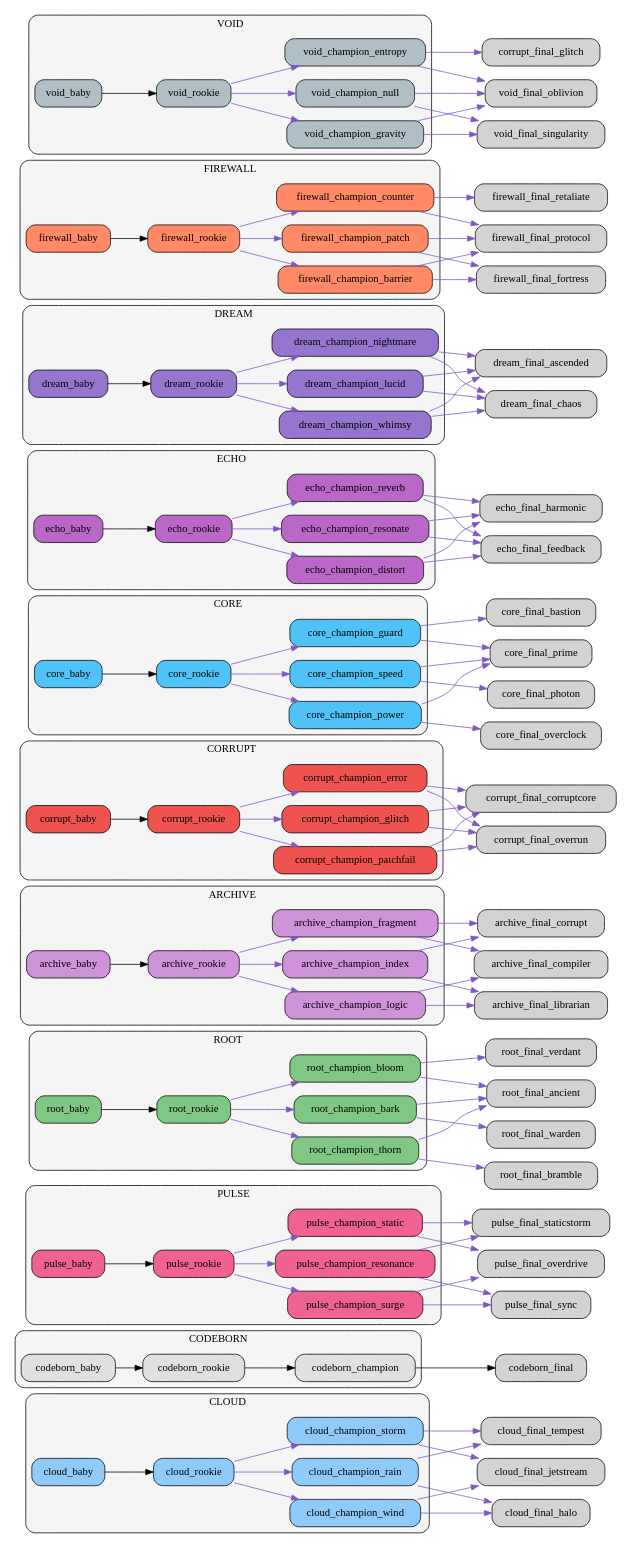
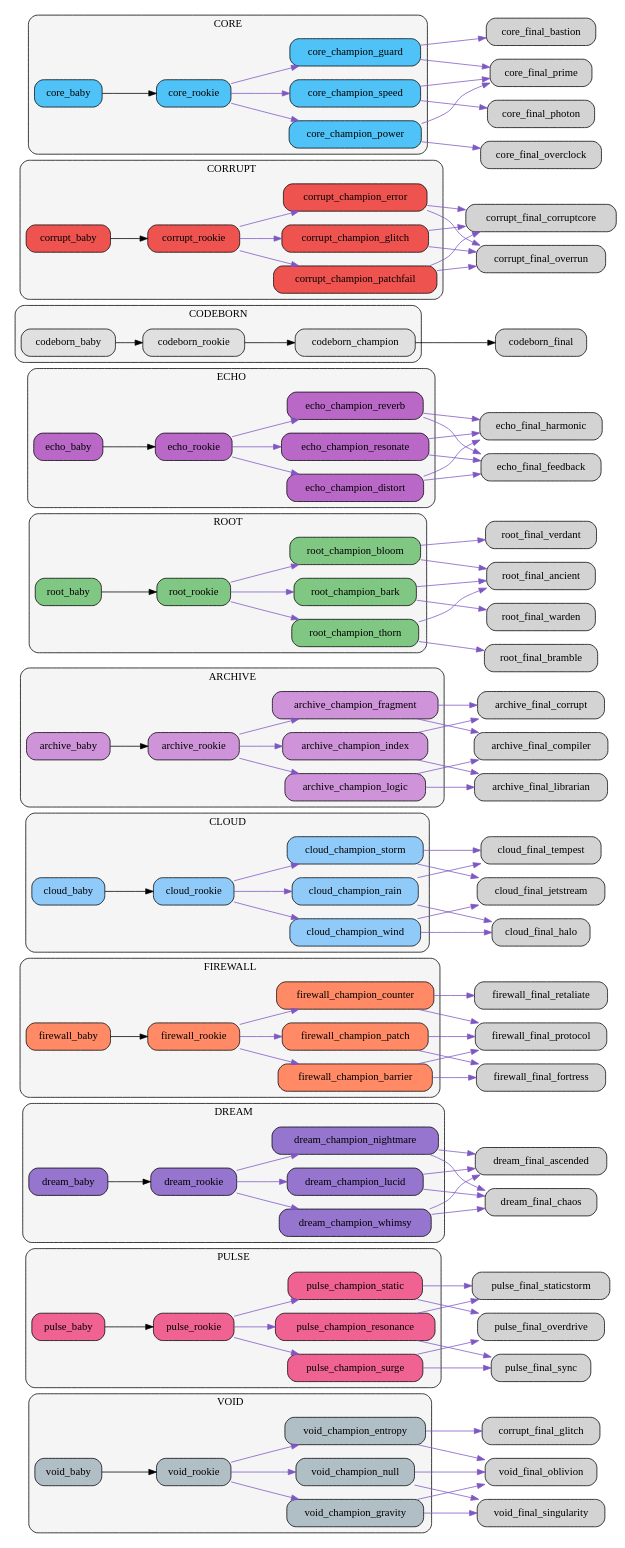
The diagram in src/netgrid/systems/evolution/graphs/clusters/evolution_clusters.dot (bwlight/NetGrid), drawn with Graphviz before and after one commit. The commit also changed other lines of this file and 8 other files, not shown here.

Commit message:
Auto-update evolution graphs

```diff
--- a/src/netgrid/systems/evolution/graphs/clusters/evolution_clusters.dot
+++ b/src/netgrid/systems/evolution/graphs/clusters/evolution_clusters.dot
@@ -1,21 +1,14 @@
 digraph EvolutionTree {
   rankdir=LR;
   node [shape=box, style="rounded,filled"];
-  subgraph cluster_cloud {
-    label="CLOUD";
+  subgraph cluster_void {
+    label="VOID";
     style="rounded,filled"; fillcolor="#f5f5f5";
-    "cloud_baby" [fillcolor="#90caf9"];
-    "cloud_rookie" [fillcolor="#90caf9"];
-    "cloud_champion_wind" [fillcolor="#90caf9"];
-    "cloud_champion_rain" [fillcolor="#90caf9"];
-    "cloud_champion_storm" [fillcolor="#90caf9"];
-  }
-  subgraph cluster_codeborn {
-    label="CODEBORN";
-    style="rounded,filled"; fillcolor="#f5f5f5";
-    "codeborn_baby" [fillcolor="#e0e0e0"];
-    "codeborn_rookie" [fillcolor="#e0e0e0"];
-    "codeborn_champion" [fillcolor="#e0e0e0"];
+    "void_baby" [fillcolor="#b0bec5"];
+    "void_rookie" [fillcolor="#b0bec5"];
+    "void_champion_entropy" [fillcolor="#b0bec5"];
+    "void_champion_gravity" [fillcolor="#b0bec5"];
+    "void_champion_null" [fillcolor="#b0bec5"];
   }
   subgraph cluster_pulse {
     label="PULSE";
@@ -26,6 +19,42 @@
     "pulse_champion_resonance" [fillcolor="#f06292"];
     "pulse_champion_static" [fillcolor="#f06292"];
   }
+  subgraph cluster_dream {
+    label="DREAM";
+    style="rounded,filled"; fillcolor="#f5f5f5";
+    "dream_baby" [fillcolor="#9575cd"];
+    "dream_rookie" [fillcolor="#9575cd"];
+    "dream_champion_lucid" [fillcolor="#9575cd"];
+    "dream_champion_nightmare" [fillcolor="#9575cd"];
+    "dream_champion_whimsy" [fillcolor="#9575cd"];
+  }
+  subgraph cluster_firewall {
+    label="FIREWALL";
+    style="rounded,filled"; fillcolor="#f5f5f5";
+    "firewall_baby" [fillcolor="#ff8a65"];
+    "firewall_rookie" [fillcolor="#ff8a65"];
+    "firewall_champion_barrier" [fillcolor="#ff8a65"];
+    "firewall_champion_counter" [fillcolor="#ff8a65"];
+    "firewall_champion_patch" [fillcolor="#ff8a65"];
+  }
+  subgraph cluster_cloud {
+    label="CLOUD";
+    style="rounded,filled"; fillcolor="#f5f5f5";
+    "cloud_baby" [fillcolor="#90caf9"];
+    "cloud_rookie" [fillcolor="#90caf9"];
+    "cloud_champion_wind" [fillcolor="#90caf9"];
+    "cloud_champion_rain" [fillcolor="#90caf9"];
+    "cloud_champion_storm" [fillcolor="#90caf9"];
+  }
+  subgraph cluster_archive {
+    label="ARCHIVE";
+    style="rounded,filled"; fillcolor="#f5f5f5";
+    "archive_baby" [fillcolor="#ce93d8"];
+    "archive_rookie" [fillcolor="#ce93d8"];
+    "archive_champion_logic" [fillcolor="#ce93d8"];
+    "archive_champion_index" [fillcolor="#ce93d8"];
+    "archive_champion_fragment" [fillcolor="#ce93d8"];
+  }
   subgraph cluster_root {
     label="ROOT";
     style="rounded,filled"; fillcolor="#f5f5f5";
@@ -35,14 +64,21 @@
     "root_champion_bloom" [fillcolor="#81c784"];
     "root_champion_bark" [fillcolor="#81c784"];
   }
-  subgraph cluster_archive {
-    label="ARCHIVE";
+  subgraph cluster_echo {
+    label="ECHO";
     style="rounded,filled"; fillcolor="#f5f5f5";
-    "archive_baby" [fillcolor="#ce93d8"];
-    "archive_rookie" [fillcolor="#ce93d8"];
-    "archive_champion_logic" [fillcolor="#ce93d8"];
-    "archive_champion_index" [fillcolor="#ce93d8"];
-    "archive_champion_fragment" [fillcolor="#ce93d8"];
+    "echo_baby" [fillcolor="#ba68c8"];
+    "echo_rookie" [fillcolor="#ba68c8"];
+    "echo_champion_resonate" [fillcolor="#ba68c8"];
+    "echo_champion_reverb" [fillcolor="#ba68c8"];
+    "echo_champion_distort" [fillcolor="#ba68c8"];
+  }
+  subgraph cluster_codeborn {
+    label="CODEBORN";
+    style="rounded,filled"; fillcolor="#f5f5f5";
+    "codeborn_baby" [fillcolor="#e0e0e0"];
+    "codeborn_rookie" [fillcolor="#e0e0e0"];
+    "codeborn_champion" [fillcolor="#e0e0e0"];
   }
   subgraph cluster_corrupt {
     label="CORRUPT";
@@ -62,42 +98,46 @@
     "core_champion_guard" [fillcolor="#4fc3f7"];
     "core_champion_speed" [fillcolor="#4fc3f7"];
   }
-  subgraph cluster_echo {
-    label="ECHO";
-    style="rounded,filled"; fillcolor="#f5f5f5";
-    "echo_baby" [fillcolor="#ba68c8"];
-    "echo_rookie" [fillcolor="#ba68c8"];
-    "echo_champion_resonate" [fillcolor="#ba68c8"];
-    "echo_champion_reverb" [fillcolor="#ba68c8"];
-    "echo_champion_distort" [fillcolor="#ba68c8"];
-  }
-  subgraph cluster_dream {
-    label="DREAM";
-    style="rounded,filled"; fillcolor="#f5f5f5";
-    "dream_baby" [fillcolor="#9575cd"];
-    "dream_rookie" [fillcolor="#9575cd"];
-    "dream_champion_lucid" [fillcolor="#9575cd"];
-    "dream_champion_nightmare" [fillcolor="#9575cd"];
-    "dream_champion_whimsy" [fillcolor="#9575cd"];
-  }
-  subgraph cluster_firewall {
-    label="FIREWALL";
-    style="rounded,filled"; fillcolor="#f5f5f5";
-    "firewall_baby" [fillcolor="#ff8a65"];
-    "firewall_rookie" [fillcolor="#ff8a65"];
-    "firewall_champion_barrier" [fillcolor="#ff8a65"];
-    "firewall_champion_counter" [fillcolor="#ff8a65"];
-    "firewall_champion_patch" [fillcolor="#ff8a65"];
-  }
-  subgraph cluster_void {
-    label="VOID";
-    style="rounded,filled"; fillcolor="#f5f5f5";
-    "void_baby" [fillcolor="#b0bec5"];
-    "void_rookie" [fillcolor="#b0bec5"];
-    "void_champion_entropy" [fillcolor="#b0bec5"];
-    "void_champion_gravity" [fillcolor="#b0bec5"];
-    "void_champion_null" [fillcolor="#b0bec5"];
-  }
+  "void_baby" -> "void_rookie";
+  "void_rookie" -> "void_champion_entropy" [color="#7e57c2"];
+  "void_rookie" -> "void_champion_gravity" [color="#7e57c2"];
+  "void_rookie" -> "void_champion_null" [color="#7e57c2"];
+  "void_champion_entropy" -> "corrupt_final_glitch" [color="#7e57c2"];
+  "void_champion_entropy" -> "void_final_oblivion" [color="#7e57c2"];
+  "void_champion_gravity" -> "void_final_singularity" [color="#7e57c2"];
+  "void_champion_gravity" -> "void_final_oblivion" [color="#7e57c2"];
+  "void_champion_null" -> "void_final_oblivion" [color="#7e57c2"];
+  "void_champion_null" -> "void_final_singularity" [color="#7e57c2"];
+  "pulse_baby" -> "pulse_rookie";
+  "pulse_rookie" -> "pulse_champion_surge" [color="#7e57c2"];
+  "pulse_rookie" -> "pulse_champion_resonance" [color="#7e57c2"];
+  "pulse_rookie" -> "pulse_champion_static" [color="#7e57c2"];
+  "pulse_champion_surge" -> "pulse_final_overdrive" [color="#7e57c2"];
+  "pulse_champion_surge" -> "pulse_final_sync" [color="#7e57c2"];
+  "pulse_champion_resonance" -> "pulse_final_sync" [color="#7e57c2"];
+  "pulse_champion_resonance" -> "pulse_final_staticstorm" [color="#7e57c2"];
+  "pulse_champion_static" -> "pulse_final_staticstorm" [color="#7e57c2"];
+  "pulse_champion_static" -> "pulse_final_overdrive" [color="#7e57c2"];
+  "dream_baby" -> "dream_rookie";
+  "dream_rookie" -> "dream_champion_lucid" [color="#7e57c2"];
+  "dream_rookie" -> "dream_champion_nightmare" [color="#7e57c2"];
+  "dream_rookie" -> "dream_champion_whimsy" [color="#7e57c2"];
+  "dream_champion_lucid" -> "dream_final_ascended" [color="#7e57c2"];
+  "dream_champion_lucid" -> "dream_final_chaos" [color="#7e57c2"];
+  "dream_champion_nightmare" -> "dream_final_chaos" [color="#7e57c2"];
+  "dream_champion_nightmare" -> "dream_final_ascended" [color="#7e57c2"];
+  "dream_champion_whimsy" -> "dream_final_ascended" [color="#7e57c2"];
+  "dream_champion_whimsy" -> "dream_final_chaos" [color="#7e57c2"];
+  "firewall_baby" -> "firewall_rookie";
+  "firewall_rookie" -> "firewall_champion_barrier" [color="#7e57c2"];
+  "firewall_rookie" -> "firewall_champion_counter" [color="#7e57c2"];
+  "firewall_rookie" -> "firewall_champion_patch" [color="#7e57c2"];
+  "firewall_champion_barrier" -> "firewall_final_fortress" [color="#7e57c2"];
+  "firewall_champion_barrier" -> "firewall_final_protocol" [color="#7e57c2"];
+  "firewall_champion_counter" -> "firewall_final_retaliate" [color="#7e57c2"];
+  "firewall_champion_counter" -> "firewall_final_protocol" [color="#7e57c2"];
+  "firewall_champion_patch" -> "firewall_final_protocol" [color="#7e57c2"];
+  "firewall_champion_patch" -> "firewall_final_fortress" [color="#7e57c2"];
   "cloud_baby" -> "cloud_rookie";
   "cloud_rookie" -> "cloud_champion_wind" [color="#7e57c2"];
   "cloud_rookie" -> "cloud_champion_rain" [color="#7e57c2"];
@@ -108,19 +148,16 @@
   "cloud_champion_rain" -> "cloud_final_tempest" [color="#7e57c2"];
   "cloud_champion_storm" -> "cloud_final_tempest" [color="#7e57c2"];
   "cloud_champion_storm" -> "cloud_final_jetstream" [color="#7e57c2"];
-  "codeborn_baby" -> "codeborn_rookie";
-  "codeborn_rookie" -> "codeborn_champion";
-  "codeborn_champion" -> "codeborn_final";
-  "pulse_baby" -> "pulse_rookie";
-  "pulse_rookie" -> "pulse_champion_surge" [color="#7e57c2"];
-  "pulse_rookie" -> "pulse_champion_resonance" [color="#7e57c2"];
-  "pulse_rookie" -> "pulse_champion_static" [color="#7e57c2"];
-  "pulse_champion_surge" -> "pulse_final_overdrive" [color="#7e57c2"];
-  "pulse_champion_surge" -> "pulse_final_sync" [color="#7e57c2"];
-  "pulse_champion_resonance" -> "pulse_final_sync" [color="#7e57c2"];
-  "pulse_champion_resonance" -> "pulse_final_staticstorm" [color="#7e57c2"];
-  "pulse_champion_static" -> "pulse_final_staticstorm" [color="#7e57c2"];
-  "pulse_champion_static" -> "pulse_final_overdrive" [color="#7e57c2"];
+  "archive_baby" -> "archive_rookie";
+  "archive_rookie" -> "archive_champion_logic" [color="#7e57c2"];
+  "archive_rookie" -> "archive_champion_index" [color="#7e57c2"];
+  "archive_rookie" -> "archive_champion_fragment" [color="#7e57c2"];
+  "archive_champion_logic" -> "archive_final_compiler" [color="#7e57c2"];
+  "archive_champion_logic" -> "archive_final_librarian" [color="#7e57c2"];
+  "archive_champion_index" -> "archive_final_librarian" [color="#7e57c2"];
+  "archive_champion_index" -> "archive_final_corrupt" [color="#7e57c2"];
+  "archive_champion_fragment" -> "archive_final_corrupt" [color="#7e57c2"];
+  "archive_champion_fragment" -> "archive_final_compiler" [color="#7e57c2"];
   "root_baby" -> "root_rookie";
   "root_rookie" -> "root_champion_thorn" [color="#7e57c2"];
   "root_rookie" -> "root_champion_bloom" [color="#7e57c2"];
@@ -131,16 +168,19 @@
   "root_champion_bloom" -> "root_final_verdant" [color="#7e57c2"];
   "root_champion_bark" -> "root_final_warden" [color="#7e57c2"];
   "root_champion_bark" -> "root_final_ancient" [color="#7e57c2"];
-  "archive_baby" -> "archive_rookie";
-  "archive_rookie" -> "archive_champion_logic" [color="#7e57c2"];
-  "archive_rookie" -> "archive_champion_index" [color="#7e57c2"];
-  "archive_rookie" -> "archive_champion_fragment" [color="#7e57c2"];
-  "archive_champion_logic" -> "archive_final_compiler" [color="#7e57c2"];
-  "archive_champion_logic" -> "archive_final_librarian" [color="#7e57c2"];
-  "archive_champion_index" -> "archive_final_librarian" [color="#7e57c2"];
-  "archive_champion_index" -> "archive_final_corrupt" [color="#7e57c2"];
-  "archive_champion_fragment" -> "archive_final_corrupt" [color="#7e57c2"];
-  "archive_champion_fragment" -> "archive_final_compiler" [color="#7e57c2"];
+  "echo_baby" -> "echo_rookie";
+  "echo_rookie" -> "echo_champion_resonate" [color="#7e57c2"];
+  "echo_rookie" -> "echo_champion_reverb" [color="#7e57c2"];
+  "echo_rookie" -> "echo_champion_distort" [color="#7e57c2"];
+  "echo_champion_resonate" -> "echo_final_harmonic" [color="#7e57c2"];
+  "echo_champion_resonate" -> "echo_final_feedback" [color="#7e57c2"];
+  "echo_champion_reverb" -> "echo_final_feedback" [color="#7e57c2"];
+  "echo_champion_reverb" -> "echo_final_harmonic" [color="#7e57c2"];
+  "echo_champion_distort" -> "echo_final_feedback" [color="#7e57c2"];
+  "echo_champion_distort" -> "echo_final_harmonic" [color="#7e57c2"];
+  "codeborn_baby" -> "codeborn_rookie";
+  "codeborn_rookie" -> "codeborn_champion";
+  "codeborn_champion" -> "codeborn_final";
   "corrupt_baby" -> "corrupt_rookie";
   "corrupt_rookie" -> "corrupt_champion_glitch" [color="#7e57c2"];
   "corrupt_rookie" -> "corrupt_champion_error" [color="#7e57c2"];
@@ -161,44 +201,4 @@
   "core_champion_guard" -> "core_final_prime" [color="#7e57c2"];
   "core_champion_speed" -> "core_final_photon" [color="#7e57c2"];
   "core_champion_speed" -> "core_final_prime" [color="#7e57c2"];
-  "echo_baby" -> "echo_rookie";
-  "echo_rookie" -> "echo_champion_resonate" [color="#7e57c2"];
-  "echo_rookie" -> "echo_champion_reverb" [color="#7e57c2"];
-  "echo_rookie" -> "echo_champion_distort" [color="#7e57c2"];
-  "echo_champion_resonate" -> "echo_final_harmonic" [color="#7e57c2"];
-  "echo_champion_resonate" -> "echo_final_feedback" [color="#7e57c2"];
-  "echo_champion_reverb" -> "echo_final_feedback" [color="#7e57c2"];
-  "echo_champion_reverb" -> "echo_final_harmonic" [color="#7e57c2"];
-  "echo_champion_distort" -> "echo_final_feedback" [color="#7e57c2"];
-  "echo_champion_distort" -> "echo_final_harmonic" [color="#7e57c2"];
-  "dream_baby" -> "dream_rookie";
-  "dream_rookie" -> "dream_champion_lucid" [color="#7e57c2"];
-  "dream_rookie" -> "dream_champion_nightmare" [color="#7e57c2"];
-  "dream_rookie" -> "dream_champion_whimsy" [color="#7e57c2"];
-  "dream_champion_lucid" -> "dream_final_ascended" [color="#7e57c2"];
-  "dream_champion_lucid" -> "dream_final_chaos" [color="#7e57c2"];
-  "dream_champion_nightmare" -> "dream_final_chaos" [color="#7e57c2"];
-  "dream_champion_nightmare" -> "dream_final_ascended" [color="#7e57c2"];
-  "dream_champion_whimsy" -> "dream_final_ascended" [color="#7e57c2"];
-  "dream_champion_whimsy" -> "dream_final_chaos" [color="#7e57c2"];
-  "firewall_baby" -> "firewall_rookie";
-  "firewall_rookie" -> "firewall_champion_barrier" [color="#7e57c2"];
-  "firewall_rookie" -> "firewall_champion_counter" [color="#7e57c2"];
-  "firewall_rookie" -> "firewall_champion_patch" [color="#7e57c2"];
-  "firewall_champion_barrier" -> "firewall_final_fortress" [color="#7e57c2"];
-  "firewall_champion_barrier" -> "firewall_final_protocol" [color="#7e57c2"];
-  "firewall_champion_counter" -> "firewall_final_retaliate" [color="#7e57c2"];
-  "firewall_champion_counter" -> "firewall_final_protocol" [color="#7e57c2"];
-  "firewall_champion_patch" -> "firewall_final_protocol" [color="#7e57c2"];
-  "firewall_champion_patch" -> "firewall_final_fortress" [color="#7e57c2"];
-  "void_baby" -> "void_rookie";
-  "void_rookie" -> "void_champion_entropy" [color="#7e57c2"];
-  "void_rookie" -> "void_champion_gravity" [color="#7e57c2"];
-  "void_rookie" -> "void_champion_null" [color="#7e57c2"];
-  "void_champion_entropy" -> "corrupt_final_glitch" [color="#7e57c2"];
-  "void_champion_entropy" -> "void_final_oblivion" [color="#7e57c2"];
-  "void_champion_gravity" -> "void_final_singularity" [color="#7e57c2"];
-  "void_champion_gravity" -> "void_final_oblivion" [color="#7e57c2"];
-  "void_champion_null" -> "void_final_oblivion" [color="#7e57c2"];
-  "void_champion_null" -> "void_final_singularity" [color="#7e57c2"];
 }
```
